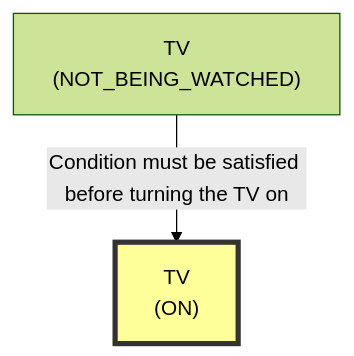
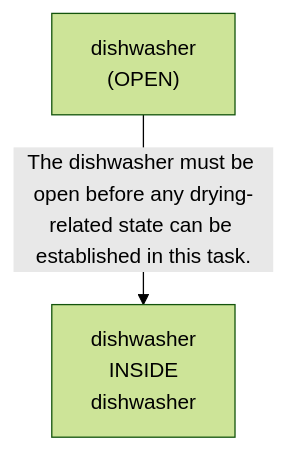
Before and after one commit to scuama/virtualhome: the fourth of 10 diagrams in evaluation/results/table2/robostate/non_stationarity/high/E_DYN_G02_S3_high/run_E_DYN_G02_S3_high.md, drawn with Mermaid (forest theme). The commit also changed other lines of this file and 108 other files, not shown here.

````diff
--- a/evaluation/results/table2/robostate/non_stationarity/high/E_DYN_G02_S3_high/run_E_DYN_G02_S3_high.md
+++ b/evaluation/results/table2/robostate/non_stationarity/high/E_DYN_G02_S3_high/run_E_DYN_G02_S3_high.md
@@ -445,7 +313,6 @@
 ```mermaid
 graph TD
-    N1["TV<br>(ON)"]
-    style N1 fill:#ff9,stroke:#333,stroke-width:4px
-    N2["TV<br>(NOT_BEING_WATCHED)"]
-    N2 -->|"Condition must be satisfied before turning the TV on"| N1
+    N1["dishwasher<br>(OPEN)"]
+    N2["dishwasher<br>INSIDE<br>dishwasher"]
+    N1 -->|"The dishwasher must be open before any drying-related state can be established in this task."| N2
 ```
````
